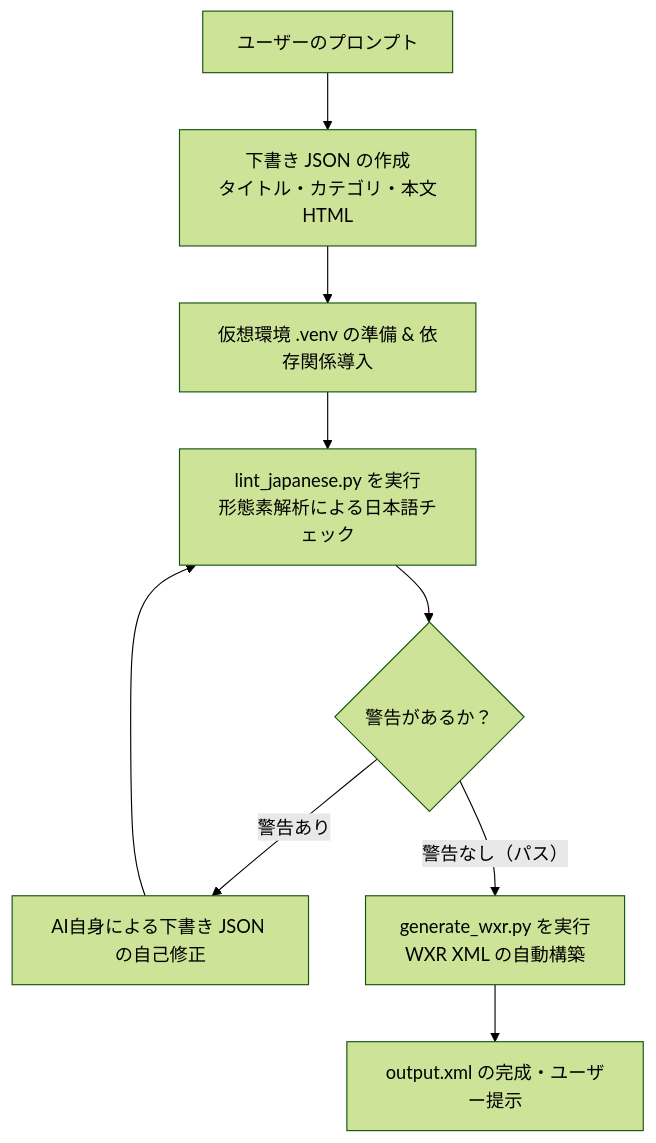
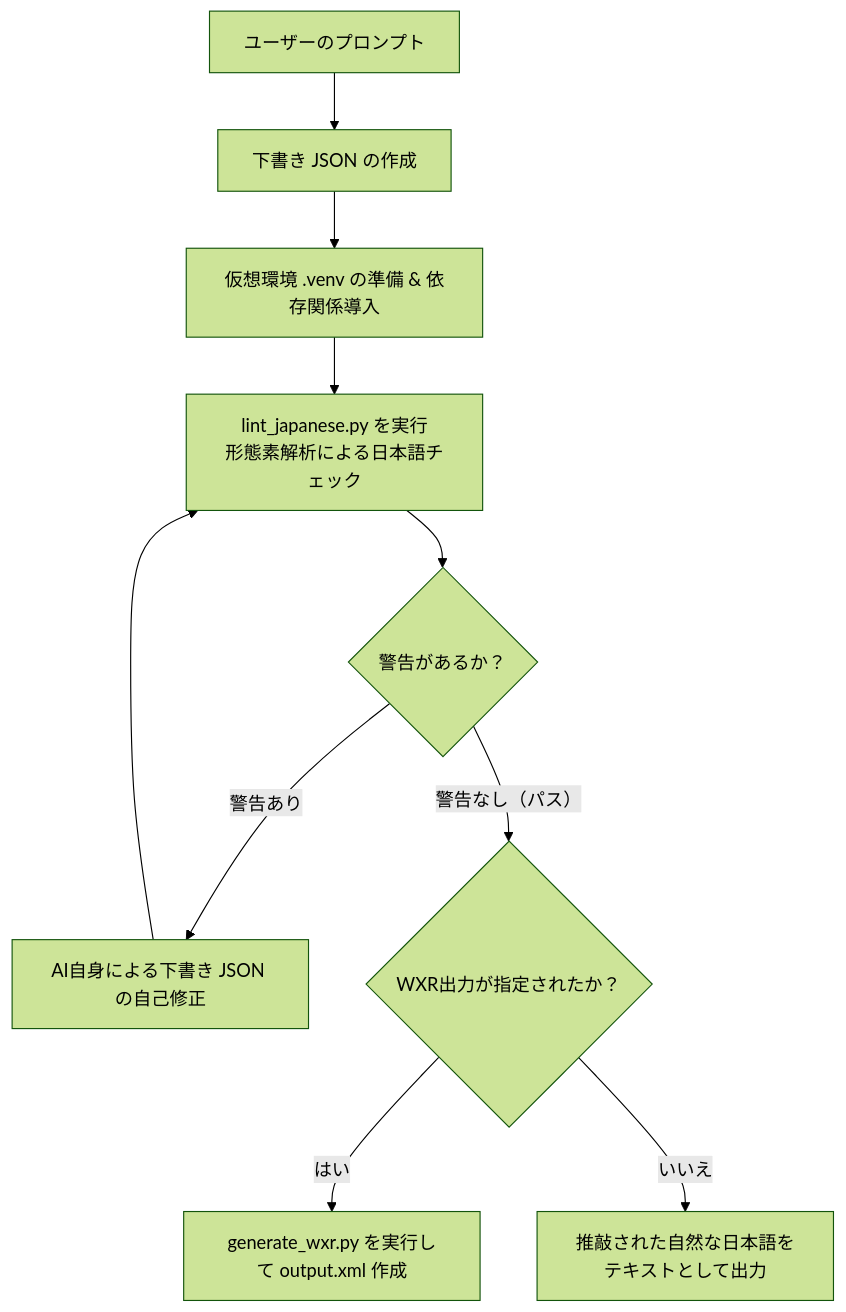
One commit to ma684351/article-generator changed the diagram in README.md. Above: the diagram before and after it, drawn with Mermaid (forest theme). The commit also changed other lines of this file and 16 other files, not shown here.

````diff
--- a/README.md
+++ b/README.md
@@ -137,11 +132,12 @@
 ```mermaid
 flowchart TD
-    A[ユーザーのプロンプト] --> B[下書き JSON の作成\nタイトル・カテゴリ・本文HTML]
+    A[ユーザーのプロンプト] --> B[下書き JSON の作成]
     B --> C[仮想環境 .venv の準備 & 依存関係導入]
     C --> D[lint_japanese.py を実行\n形態素解析による日本語チェック]
     D --> E{警告があるか？}
     E -- 警告あり --> F[AI自身による下書き JSON の自己修正]
     F --> D
-    E -- 警告なし（パス） --> G[generate_wxr.py を実行\nWXR XML の自動構築]
-    G --> H[output.xml の完成・ユーザー提示]
+    E -- 警告なし（パス） --> G{WXR出力が指定されたか？}
+    G -- はい --> H[generate_wxr.py を実行して output.xml 作成]
+    G -- いいえ --> I[推敲された自然な日本語をテキストとして出力]
 ```
````
